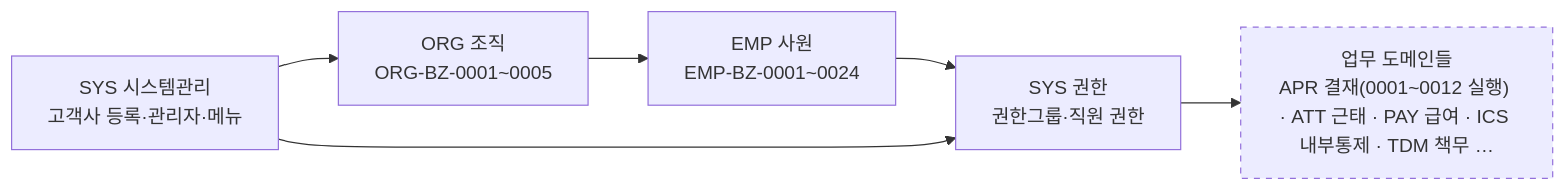
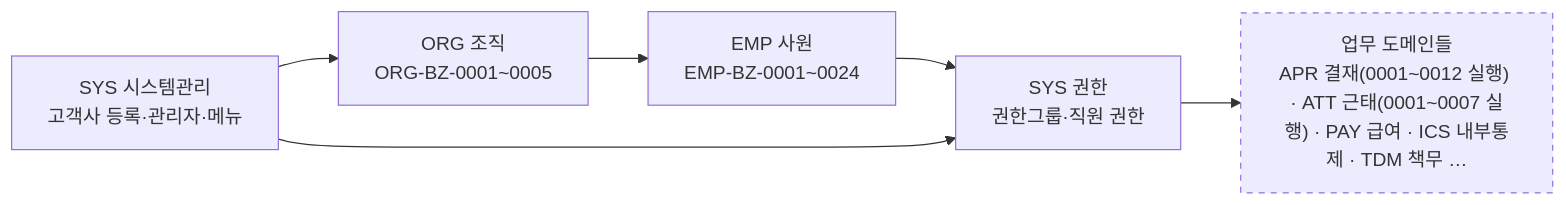
The diagram in AssetERP/docs/2-업무분석/biz-event/00-도메인Map.md (KimDoYoung/framework-sprt), drawn with Mermaid before and after one commit. The commit also changed 12 other files, not shown here.

````diff
--- a/AssetERP/docs/2-업무분석/biz-event/00-도메인Map.md
+++ b/AssetERP/docs/2-업무분석/biz-event/00-도메인Map.md
@@ -6,14 +6,14 @@
 ```mermaid
 flowchart LR
     SYS["SYS 시스템관리<br/>고객사 등록·관리자·메뉴"]
     ORG["ORG 조직<br/>ORG-BZ-0001~0005"]
     EMP["EMP 사원<br/>EMP-BZ-0001~0024"]
     AUTH["SYS 권한<br/>권한그룹·직원 권한"]
-    WORK["업무 도메인들<br/>APR 결재(0001~0012 실행) · ATT 근태 · PAY 급여 · ICS 내부통제 · TDM 책무 …"]
+    WORK["업무 도메인들<br/>APR 결재(0001~0012 실행) · ATT 근태(0001~0007 실행) · PAY 급여 · ICS 내부통제 · TDM 책무 …"]
 
     SYS --> ORG --> EMP --> AUTH --> WORK
     SYS --> AUTH
 
     classDef todo stroke-dasharray: 5 5
     class WORK todo
 ```
````
